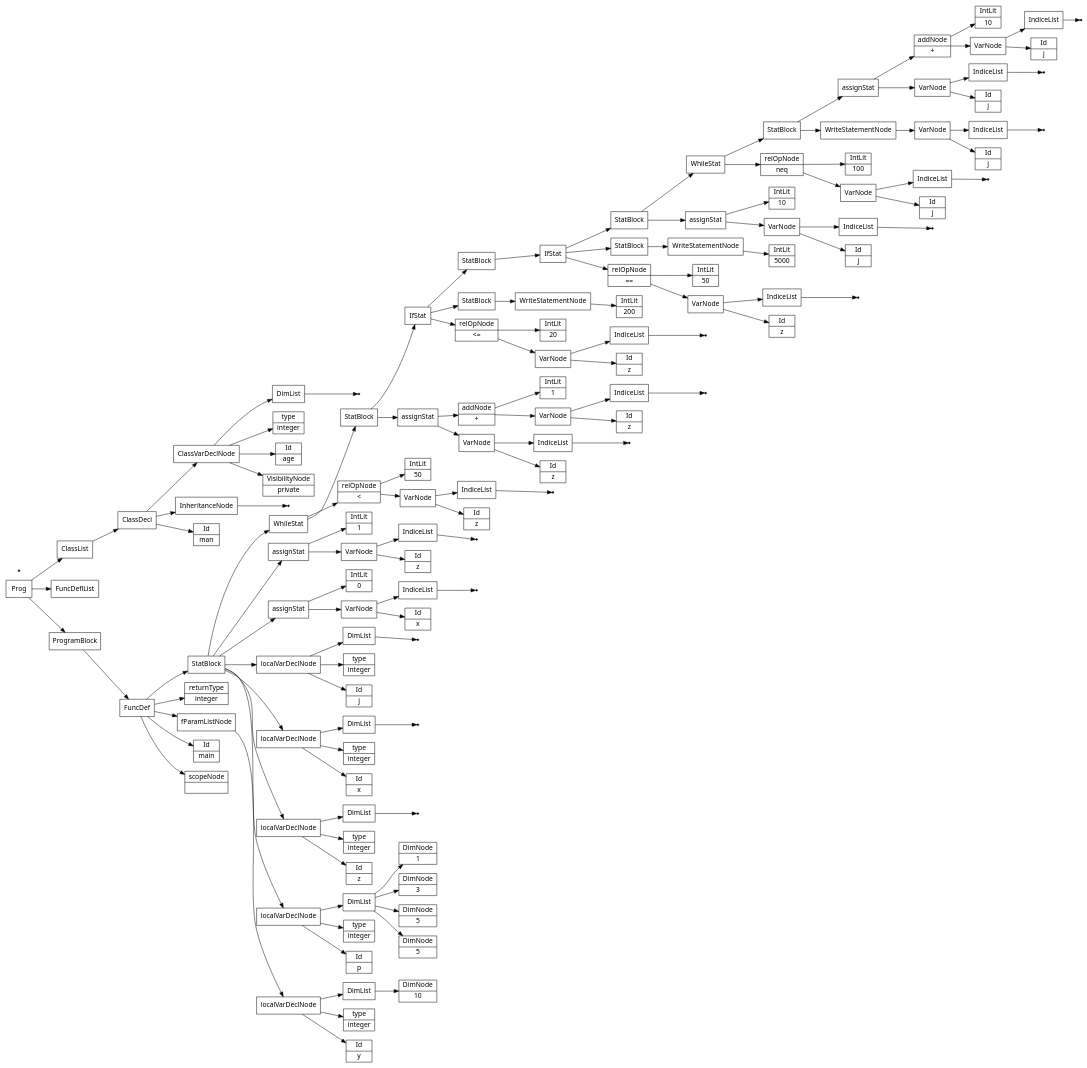
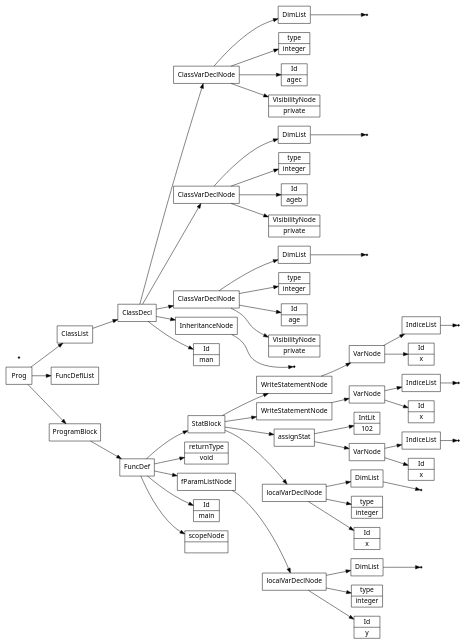
One commit to Saf1u/Kompiler changed the diagram in files/semantictests/testc.src.ast.dot. Above: the diagram before and after it, drawn with Graphviz. The commit also changed 9 other files, not shown here.

```diff
--- a/files/semantictests/testc.src.ast.dot
+++ b/files/semantictests/testc.src.ast.dot
@@ -4,263 +4,117 @@
 1[label="scopeNode| "];
 3[label="Id|y"];
 4[label="type|integer"];
-6[label="DimNode|10"];
+none6[shape="point"];
 7[label="DimList"];
-7->6;
+7->none6;
 8[label="localVarDeclNode"];
 8->7;
 8->4;
 8->3;
 9[label="fParamListNode"];
 9->8;
-10[label="returnType|integer"];
-12[label="Id|p"];
+10[label="returnType|void"];
+12[label="Id|x"];
 13[label="type|integer"];
-15[label="DimNode|5"];
-16[label="DimNode|5"];
-17[label="DimNode|3"];
-18[label="DimNode|1"];
-19[label="DimList"];
-19->18;
-19->17;
-19->16;
-19->15;
-20[label="localVarDeclNode"];
-20->19;
-20->13;
-20->12;
-21[label="Id|z"];
-22[label="type|integer"];
-none24[shape="point"];
-25[label="DimList"];
-25->none24;
-26[label="localVarDeclNode"];
-26->25;
-26->22;
-26->21;
-27[label="Id|x"];
-28[label="type|integer"];
-none30[shape="point"];
-31[label="DimList"];
-31->none30;
-32[label="localVarDeclNode"];
-32->31;
-32->28;
-32->27;
-33[label="Id|j"];
-34[label="type|integer"];
-none36[shape="point"];
-37[label="DimList"];
-37->none36;
-38[label="localVarDeclNode"];
+none15[shape="point"];
+16[label="DimList"];
+16->none15;
+17[label="localVarDeclNode"];
+17->16;
+17->13;
+17->12;
+18[label="Id|x"];
+none20[shape="point"];
+21[label="IndiceList"];
+21->none20;
+22[label="VarNode"];
+22->21;
+22->18;
+23[label="IntLit|102"];
+24[label="assignStat"];
+24->23;
+24->22;
+25[label="Id|x"];
+none27[shape="point"];
+28[label="IndiceList"];
+28->none27;
+29[label="VarNode"];
+29->28;
+29->25;
+30[label="WriteStatementNode"];
+30->29;
+31[label="Id|x"];
+none33[shape="point"];
+34[label="IndiceList"];
+34->none33;
+35[label="VarNode"];
+35->34;
+35->31;
+36[label="WriteStatementNode"];
+36->35;
+37[label="StatBlock"];
+37->36;
+37->30;
+37->24;
+37->17;
+38[label="FuncDef"];
+0[label="Id|main"];
 38->37;
-38->34;
-38->33;
-39[label="Id|x"];
+38->10;
+38->9;
+38->0;
+38->1;
+39[label="Id|man"];
 none41[shape="point"];
-42[label="IndiceList"];
+42[label="InheritanceNode"];
 42->none41;
-43[label="VarNode"];
-43->42;
-43->39;
-44[label="IntLit|0"];
-45[label="assignStat"];
-45->44;
-45->43;
-46[label="Id|z"];
-none48[shape="point"];
-49[label="IndiceList"];
-49->none48;
-50[label="VarNode"];
-50->49;
-50->46;
-51[label="IntLit|1"];
-52[label="assignStat"];
-52->51;
-52->50;
-53[label="Id|z"];
-none55[shape="point"];
-56[label="IndiceList"];
-56->none55;
-57[label="VarNode"];
-57->56;
-57->53;
-58[label="relOpNode|\<"];
-59[label="IntLit|50"];
-58->59;
-58->57;
-61[label="Id|z"];
-none63[shape="point"];
-64[label="IndiceList"];
-64->none63;
-65[label="VarNode"];
+43[label="VisibilityNode|private"];
+44[label="Id|age"];
+45[label="type|integer"];
+none47[shape="point"];
+48[label="DimList"];
+48->none47;
+49[label="ClassVarDeclNode"];
+49->48;
+49->45;
+49->44;
+49->43;
+50[label="VisibilityNode|private"];
+51[label="Id|ageb"];
+52[label="type|integer"];
+none54[shape="point"];
+55[label="DimList"];
+55->none54;
+56[label="ClassVarDeclNode"];
+56->55;
+56->52;
+56->51;
+56->50;
+57[label="VisibilityNode|private"];
+58[label="Id|agec"];
+59[label="type|integer"];
+none61[shape="point"];
+62[label="DimList"];
+62->none61;
+63[label="ClassVarDeclNode"];
+63->62;
+63->59;
+63->58;
+63->57;
+64[label="ClassDecl"];
+64->63;
+64->56;
+64->49;
+64->42;
+64->39;
+65[label="ClassList"];
+66[label="FuncDeflList"];
+67[label="Prog"];
+68[label="ProgramBlock"];
 65->64;
-65->61;
-66[label="Id|z"];
-none68[shape="point"];
-69[label="IndiceList"];
-69->none68;
-70[label="VarNode"];
-70->69;
-70->66;
-71[label="addNode|+"];
-72[label="IntLit|1"];
-71->72;
-71->70;
-73[label="assignStat"];
-73->71;
-73->65;
-74[label="Id|z"];
-none76[shape="point"];
-77[label="IndiceList"];
-77->none76;
-78[label="VarNode"];
-78->77;
-78->74;
-79[label="relOpNode|\<="];
-80[label="IntLit|20"];
-79->80;
-79->78;
-82[label="IntLit|200"];
-83[label="WriteStatementNode"];
-83->82;
-84[label="StatBlock"];
-84->83;
-86[label="Id|z"];
-none88[shape="point"];
-89[label="IndiceList"];
-89->none88;
-90[label="VarNode"];
-90->89;
-90->86;
-91[label="relOpNode|\=="];
-92[label="IntLit|50"];
-91->92;
-91->90;
-94[label="IntLit|5000"];
-95[label="WriteStatementNode"];
-95->94;
-96[label="StatBlock"];
-96->95;
-98[label="Id|j"];
-none100[shape="point"];
-101[label="IndiceList"];
-101->none100;
-102[label="VarNode"];
-102->101;
-102->98;
-103[label="IntLit|10"];
-104[label="assignStat"];
-104->103;
-104->102;
-105[label="Id|j"];
-none107[shape="point"];
-108[label="IndiceList"];
-108->none107;
-109[label="VarNode"];
-109->108;
-109->105;
-110[label="relOpNode|neq"];
-111[label="IntLit|100"];
-110->111;
-110->109;
-113[label="Id|j"];
-none115[shape="point"];
-116[label="IndiceList"];
-116->none115;
-117[label="VarNode"];
-117->116;
-117->113;
-118[label="WriteStatementNode"];
-118->117;
-119[label="Id|j"];
-none121[shape="point"];
-122[label="IndiceList"];
-122->none121;
-123[label="VarNode"];
-123->122;
-123->119;
-124[label="Id|j"];
-none126[shape="point"];
-127[label="IndiceList"];
-127->none126;
-128[label="VarNode"];
-128->127;
-128->124;
-129[label="addNode|+"];
-130[label="IntLit|10"];
-129->130;
-129->128;
-131[label="assignStat"];
-131->129;
-131->123;
-132[label="StatBlock"];
-132->131;
-132->118;
-133[label="WhileStat"];
-133->132;
-133->110;
-134[label="StatBlock"];
-134->133;
-134->104;
-135[label="IfStat"];
-135->134;
-135->96;
-135->91;
-136[label="StatBlock"];
-136->135;
-137[label="IfStat"];
-137->136;
-137->84;
-137->79;
-138[label="StatBlock"];
-138->137;
-138->73;
-139[label="WhileStat"];
-139->138;
-139->58;
-140[label="StatBlock"];
-140->139;
-140->52;
-140->45;
-140->38;
-140->32;
-140->26;
-140->20;
-141[label="FuncDef"];
-0[label="Id|main"];
-141->140;
-141->10;
-141->9;
-141->0;
-141->1;
-142[label="Id|man"];
-none144[shape="point"];
-145[label="InheritanceNode"];
-145->none144;
-146[label="VisibilityNode|private"];
-147[label="Id|age"];
-148[label="type|integer"];
-none150[shape="point"];
-151[label="DimList"];
-151->none150;
-152[label="ClassVarDeclNode"];
-152->151;
-152->148;
-152->147;
-152->146;
-153[label="ClassDecl"];
-153->152;
-153->145;
-153->142;
-154[label="ClassList"];
-155[label="FuncDeflList"];
-156[label="Prog"];
-157[label="ProgramBlock"];
-154->153;
-157->141;
-none158[shape="point"];
-156->154;
-156->155;
-156->157;
+68->38;
+none69[shape="point"];
+67->65;
+67->66;
+67->68;
 }
```
